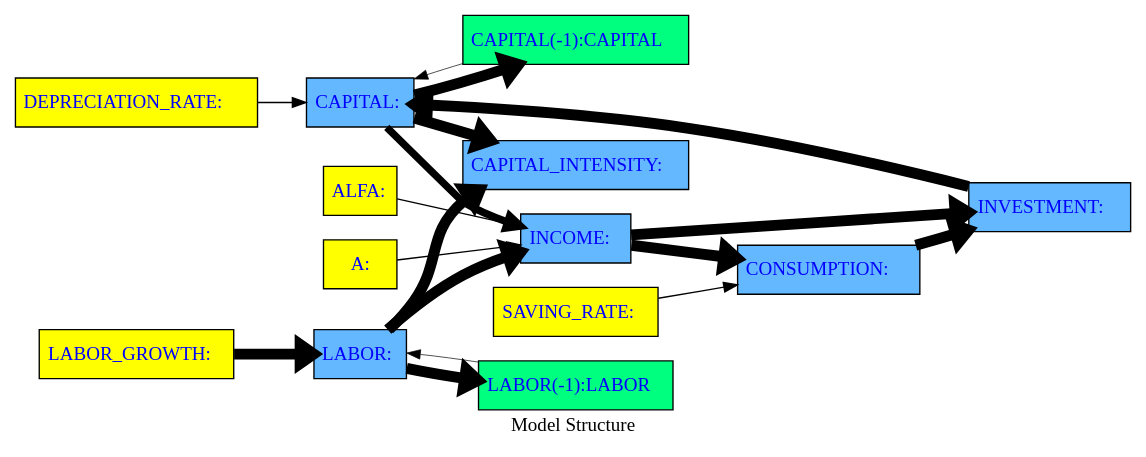
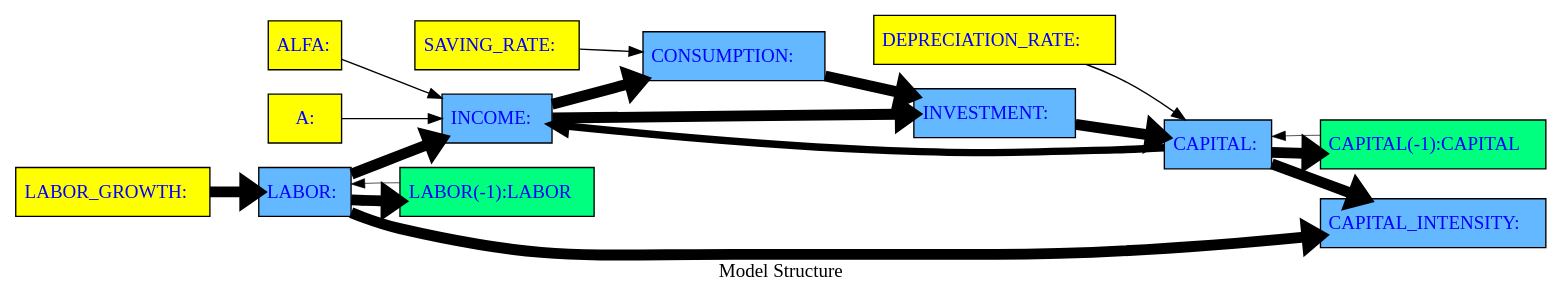
The diagram in working_paper/thebook/content/notebooks/intro/graph/A_model_graph.gv (IbHansen/modelflow-manual), drawn with Graphviz before and after one commit. The commit also changed 306 other files, not shown here.

```diff
--- a/working_paper/thebook/content/notebooks/intro/graph/A_model_graph.gv
+++ b/working_paper/thebook/content/notebooks/intro/graph/A_model_graph.gv
@@ -1,35 +1,35 @@
 digraph TD { rankdir ="LR" 
 {node  [margin=0.025 fontcolor=blue style=filled ] 
- "CAPITAL_INTENSITY" [ shape=box fillcolor= steelblue1 tooltip="CAPITAL_INTENSITY&#10;FRML &lt;&gt; CAPITAL_INTENSITY = CAPITAL/LABOR  &#36;"  margin=0.025 fontcolor=blue style = filled  label=<<TABLE BORDER='0' CELLBORDER = '0' style = "filled"  > <TR><TD tooltip="CAPITAL_INTENSITY&#10;FRML &lt;&gt; CAPITAL_INTENSITY = CAPITAL/LABOR  &#36;">CAPITAL_INTENSITY:</TD></TR> </TABLE>> ]
+ "LABOR" [ shape=box fillcolor= steelblue1 tooltip="LABOR&#10;FRML &lt;&gt; LABOR=LABOR(-1)+(LABOR_GROWTH * LABOR(-1))&#36;"  margin=0.025 fontcolor=blue style = filled  label=<<TABLE BORDER='0' CELLBORDER = '0' style = "filled"  > <TR><TD tooltip="LABOR&#10;FRML &lt;&gt; LABOR=LABOR(-1)+(LABOR_GROWTH * LABOR(-1))&#36;">LABOR:</TD></TR> </TABLE>> ]
+"CAPITAL" [ shape=box fillcolor= steelblue1 tooltip="CAPITAL&#10;FRML &lt;&gt; CAPITAL=CAPITAL(-1)+(INVESTMENT-DEPRECIATION_RATE * CAPITAL(-1))&#36;"  margin=0.025 fontcolor=blue style = filled  label=<<TABLE BORDER='0' CELLBORDER = '0' style = "filled"  > <TR><TD tooltip="CAPITAL&#10;FRML &lt;&gt; CAPITAL=CAPITAL(-1)+(INVESTMENT-DEPRECIATION_RATE * CAPITAL(-1))&#36;">CAPITAL:</TD></TR> </TABLE>> ]
 "ALFA" [ shape=box fillcolor= yellow tooltip="ALFA&#10;Exogen"  margin=0.025 fontcolor=blue style = filled  label=<<TABLE BORDER='0' CELLBORDER = '0' style = "filled"  > <TR><TD tooltip="ALFA&#10;Exogen">ALFA:</TD></TR> </TABLE>> ]
-"CAPITAL(-1)" [ shape=box fillcolor= springgreen tooltip="CAPITAL&#10;FRML &lt;&gt; CAPITAL=CAPITAL(-1)+(INVESTMENT-DEPRECIATION_RATE * CAPITAL(-1))&#36;"  margin=0.025 fontcolor=blue style = filled  label=<<TABLE BORDER='0' CELLBORDER = '0' style = "filled"  > <TR><TD tooltip="CAPITAL&#10;FRML &lt;&gt; CAPITAL=CAPITAL(-1)+(INVESTMENT-DEPRECIATION_RATE * CAPITAL(-1))&#36;">CAPITAL(-1):CAPITAL</TD></TR> </TABLE>> ]
+"LABOR_GROWTH" [ shape=box fillcolor= yellow tooltip="LABOR_GROWTH&#10;Exogen"  margin=0.025 fontcolor=blue style = filled  label=<<TABLE BORDER='0' CELLBORDER = '0' style = "filled"  > <TR><TD tooltip="LABOR_GROWTH&#10;Exogen">LABOR_GROWTH:</TD></TR> </TABLE>> ]
 "INCOME" [ shape=box fillcolor= steelblue1 tooltip="INCOME&#10;FRML &lt;&gt; INCOME          = A  * CAPITAL**ALFA * LABOR **(1-ALFA)  &#36;"  margin=0.025 fontcolor=blue style = filled  label=<<TABLE BORDER='0' CELLBORDER = '0' style = "filled"  > <TR><TD tooltip="INCOME&#10;FRML &lt;&gt; INCOME          = A  * CAPITAL**ALFA * LABOR **(1-ALFA)  &#36;">INCOME:</TD></TR> </TABLE>> ]
-"LABOR_GROWTH" [ shape=box fillcolor= yellow tooltip="LABOR_GROWTH&#10;Exogen"  margin=0.025 fontcolor=blue style = filled  label=<<TABLE BORDER='0' CELLBORDER = '0' style = "filled"  > <TR><TD tooltip="LABOR_GROWTH&#10;Exogen">LABOR_GROWTH:</TD></TR> </TABLE>> ]
-"CAPITAL" [ shape=box fillcolor= steelblue1 tooltip="CAPITAL&#10;FRML &lt;&gt; CAPITAL=CAPITAL(-1)+(INVESTMENT-DEPRECIATION_RATE * CAPITAL(-1))&#36;"  margin=0.025 fontcolor=blue style = filled  label=<<TABLE BORDER='0' CELLBORDER = '0' style = "filled"  > <TR><TD tooltip="CAPITAL&#10;FRML &lt;&gt; CAPITAL=CAPITAL(-1)+(INVESTMENT-DEPRECIATION_RATE * CAPITAL(-1))&#36;">CAPITAL:</TD></TR> </TABLE>> ]
+"DEPRECIATION_RATE" [ shape=box fillcolor= yellow tooltip="DEPRECIATION_RATE&#10;Exogen"  margin=0.025 fontcolor=blue style = filled  label=<<TABLE BORDER='0' CELLBORDER = '0' style = "filled"  > <TR><TD tooltip="DEPRECIATION_RATE&#10;Exogen">DEPRECIATION_RATE:</TD></TR> </TABLE>> ]
+"A" [ shape=box fillcolor= yellow tooltip="A&#10;Exogen"  margin=0.025 fontcolor=blue style = filled  label=<<TABLE BORDER='0' CELLBORDER = '0' style = "filled"  > <TR><TD tooltip="A&#10;Exogen">A:</TD></TR> </TABLE>> ]
 "SAVING_RATE" [ shape=box fillcolor= yellow tooltip="SAVING_RATE&#10;Exogen"  margin=0.025 fontcolor=blue style = filled  label=<<TABLE BORDER='0' CELLBORDER = '0' style = "filled"  > <TR><TD tooltip="SAVING_RATE&#10;Exogen">SAVING_RATE:</TD></TR> </TABLE>> ]
-"A" [ shape=box fillcolor= yellow tooltip="A&#10;Exogen"  margin=0.025 fontcolor=blue style = filled  label=<<TABLE BORDER='0' CELLBORDER = '0' style = "filled"  > <TR><TD tooltip="A&#10;Exogen">A:</TD></TR> </TABLE>> ]
+"CONSUMPTION" [ shape=box fillcolor= steelblue1 tooltip="CONSUMPTION&#10;FRML &lt;&gt; CONSUMPTION     = (1-SAVING_RATE)  * INCOME  &#36;"  margin=0.025 fontcolor=blue style = filled  label=<<TABLE BORDER='0' CELLBORDER = '0' style = "filled"  > <TR><TD tooltip="CONSUMPTION&#10;FRML &lt;&gt; CONSUMPTION     = (1-SAVING_RATE)  * INCOME  &#36;">CONSUMPTION:</TD></TR> </TABLE>> ]
+"LABOR(-1)" [ shape=box fillcolor= springgreen tooltip="LABOR&#10;FRML &lt;&gt; LABOR=LABOR(-1)+(LABOR_GROWTH * LABOR(-1))&#36;"  margin=0.025 fontcolor=blue style = filled  label=<<TABLE BORDER='0' CELLBORDER = '0' style = "filled"  > <TR><TD tooltip="LABOR&#10;FRML &lt;&gt; LABOR=LABOR(-1)+(LABOR_GROWTH * LABOR(-1))&#36;">LABOR(-1):LABOR</TD></TR> </TABLE>> ]
 "INVESTMENT" [ shape=box fillcolor= steelblue1 tooltip="INVESTMENT&#10;FRML &lt;&gt; INVESTMENT      = INCOME - CONSUMPTION    &#36;"  margin=0.025 fontcolor=blue style = filled  label=<<TABLE BORDER='0' CELLBORDER = '0' style = "filled"  > <TR><TD tooltip="INVESTMENT&#10;FRML &lt;&gt; INVESTMENT      = INCOME - CONSUMPTION    &#36;">INVESTMENT:</TD></TR> </TABLE>> ]
-"LABOR" [ shape=box fillcolor= steelblue1 tooltip="LABOR&#10;FRML &lt;&gt; LABOR=LABOR(-1)+(LABOR_GROWTH * LABOR(-1))&#36;"  margin=0.025 fontcolor=blue style = filled  label=<<TABLE BORDER='0' CELLBORDER = '0' style = "filled"  > <TR><TD tooltip="LABOR&#10;FRML &lt;&gt; LABOR=LABOR(-1)+(LABOR_GROWTH * LABOR(-1))&#36;">LABOR:</TD></TR> </TABLE>> ]
-"DEPRECIATION_RATE" [ shape=box fillcolor= yellow tooltip="DEPRECIATION_RATE&#10;Exogen"  margin=0.025 fontcolor=blue style = filled  label=<<TABLE BORDER='0' CELLBORDER = '0' style = "filled"  > <TR><TD tooltip="DEPRECIATION_RATE&#10;Exogen">DEPRECIATION_RATE:</TD></TR> </TABLE>> ]
-"CONSUMPTION" [ shape=box fillcolor= steelblue1 tooltip="CONSUMPTION&#10;FRML &lt;&gt; CONSUMPTION     = (1-SAVING_RATE)  * INCOME  &#36;"  margin=0.025 fontcolor=blue style = filled  label=<<TABLE BORDER='0' CELLBORDER = '0' style = "filled"  > <TR><TD tooltip="CONSUMPTION&#10;FRML &lt;&gt; CONSUMPTION     = (1-SAVING_RATE)  * INCOME  &#36;">CONSUMPTION:</TD></TR> </TABLE>> ]
-"LABOR(-1)" [ shape=box fillcolor= springgreen tooltip="LABOR&#10;FRML &lt;&gt; LABOR=LABOR(-1)+(LABOR_GROWTH * LABOR(-1))&#36;"  margin=0.025 fontcolor=blue style = filled  label=<<TABLE BORDER='0' CELLBORDER = '0' style = "filled"  > <TR><TD tooltip="LABOR&#10;FRML &lt;&gt; LABOR=LABOR(-1)+(LABOR_GROWTH * LABOR(-1))&#36;">LABOR(-1):LABOR</TD></TR> </TABLE>> ] 
+"CAPITAL_INTENSITY" [ shape=box fillcolor= steelblue1 tooltip="CAPITAL_INTENSITY&#10;FRML &lt;&gt; CAPITAL_INTENSITY = CAPITAL/LABOR  &#36;"  margin=0.025 fontcolor=blue style = filled  label=<<TABLE BORDER='0' CELLBORDER = '0' style = "filled"  > <TR><TD tooltip="CAPITAL_INTENSITY&#10;FRML &lt;&gt; CAPITAL_INTENSITY = CAPITAL/LABOR  &#36;">CAPITAL_INTENSITY:</TD></TR> </TABLE>> ]
+"CAPITAL(-1)" [ shape=box fillcolor= springgreen tooltip="CAPITAL&#10;FRML &lt;&gt; CAPITAL=CAPITAL(-1)+(INVESTMENT-DEPRECIATION_RATE * CAPITAL(-1))&#36;"  margin=0.025 fontcolor=blue style = filled  label=<<TABLE BORDER='0' CELLBORDER = '0' style = "filled"  > <TR><TD tooltip="CAPITAL&#10;FRML &lt;&gt; CAPITAL=CAPITAL(-1)+(INVESTMENT-DEPRECIATION_RATE * CAPITAL(-1))&#36;">CAPITAL(-1):CAPITAL</TD></TR> </TABLE>> ] 
 } 
-"ALFA" -> "INCOME" [ style = filled tooltip=" ALFA -> INCOME Min. att. -0%  max: -0%" href="bogus" penwidth = 1.0 ]
-"A" -> "INCOME" [ style = filled tooltip=" A -> INCOME Min. att. -0%  max: -0%" href="bogus" penwidth = 1.0 ]
-"CAPITAL" -> "CAPITAL_INTENSITY" [ style = filled tooltip=" CAPITAL -> CAPITAL_INTENSITY Min. att. -647%  max: -3%" href="bogus" penwidth = 8.0 ]
-"INVESTMENT" -> "CAPITAL" [ style = filled tooltip=" INVESTMENT -> CAPITAL Min. att. 6%  max: 100%" href="bogus" penwidth = 8.0 ]
-"CAPITAL" -> "INCOME" [ style = filled tooltip=" CAPITAL -> INCOME Min. att. 3%  max: 54%" href="bogus" penwidth = 5.422974734681451 ]
-"LABOR(-1)" -> "LABOR" [ style = filled tooltip=NA href="bogus" penwidth = 0.5 ]
-"LABOR" -> "CAPITAL_INTENSITY" [ style = filled tooltip=" LABOR -> CAPITAL_INTENSITY Min. att. 103%  max: 1269%" href="bogus" penwidth = 8.0 ]
-"DEPRECIATION_RATE" -> "CAPITAL" [ style = filled tooltip=" DEPRECIATION_RATE -> CAPITAL Min. att. 0%  max: 0%" href="bogus" penwidth = 1.0 ]
+"INCOME" -> "INVESTMENT" [ style = filled tooltip=" INCOME -> INVESTMENT Min. att. 2000%  max: 2000%" href="bogus" penwidth = 8.0 ]
 "SAVING_RATE" -> "CONSUMPTION" [ style = filled tooltip=" SAVING_RATE -> CONSUMPTION Min. att. 0%  max: 0%" href="bogus" penwidth = 1.0 ]
 "INCOME" -> "CONSUMPTION" [ style = filled tooltip=" INCOME -> CONSUMPTION Min. att. 100%  max: 100%" href="bogus" penwidth = 8.0 ]
+"ALFA" -> "INCOME" [ style = filled tooltip=" ALFA -> INCOME Min. att. -0%  max: -0%" href="bogus" penwidth = 1.0 ]
+"CAPITAL" -> "CAPITAL(-1)" [ style = filled tooltip=" CAPITAL -> CAPITAL(-1) Min. att. 0%  max: 94%" href="bogus" penwidth = 8.0 ]
+"LABOR" -> "CAPITAL_INTENSITY" [ style = filled tooltip=" LABOR -> CAPITAL_INTENSITY Min. att. 103%  max: 1269%" href="bogus" penwidth = 8.0 ]
+"CAPITAL(-1)" -> "CAPITAL" [ style = filled tooltip=NA href="bogus" penwidth = 0.5 ]
+"LABOR_GROWTH" -> "LABOR" [ style = filled tooltip=" LABOR_GROWTH -> LABOR Min. att. 0%  max: 100%" href="bogus" penwidth = 8.0 ]
+"DEPRECIATION_RATE" -> "CAPITAL" [ style = filled tooltip=" DEPRECIATION_RATE -> CAPITAL Min. att. 0%  max: 0%" href="bogus" penwidth = 1.0 ]
+"CAPITAL" -> "INCOME" [ style = filled tooltip=" CAPITAL -> INCOME Min. att. 3%  max: 54%" href="bogus" penwidth = 5.422974734681451 ]
+"INVESTMENT" -> "CAPITAL" [ style = filled tooltip=" INVESTMENT -> CAPITAL Min. att. 6%  max: 100%" href="bogus" penwidth = 8.0 ]
+"CONSUMPTION" -> "INVESTMENT" [ style = filled tooltip=" CONSUMPTION -> INVESTMENT Min. att. -1900%  max: -1900%" href="bogus" penwidth = 8.0 ]
+"LABOR(-1)" -> "LABOR" [ style = filled tooltip=NA href="bogus" penwidth = 0.5 ]
+"LABOR" -> "INCOME" [ style = filled tooltip=" LABOR -> INCOME Min. att. 59%  max: 97%" href="bogus" penwidth = 8.0 ]
+"CAPITAL" -> "CAPITAL_INTENSITY" [ style = filled tooltip=" CAPITAL -> CAPITAL_INTENSITY Min. att. -647%  max: -3%" href="bogus" penwidth = 8.0 ]
+"A" -> "INCOME" [ style = filled tooltip=" A -> INCOME Min. att. -0%  max: -0%" href="bogus" penwidth = 1.0 ]
 "LABOR" -> "LABOR(-1)" [ style = filled tooltip=" LABOR -> LABOR(-1) Min. att. 0%  max: 100%" href="bogus" penwidth = 8.0 ]
-"LABOR_GROWTH" -> "LABOR" [ style = filled tooltip=" LABOR_GROWTH -> LABOR Min. att. 0%  max: 100%" href="bogus" penwidth = 8.0 ]
-"LABOR" -> "INCOME" [ style = filled tooltip=" LABOR -> INCOME Min. att. 59%  max: 97%" href="bogus" penwidth = 8.0 ]
-"CONSUMPTION" -> "INVESTMENT" [ style = filled tooltip=" CONSUMPTION -> INVESTMENT Min. att. -1900%  max: -1900%" href="bogus" penwidth = 8.0 ]
-"CAPITAL(-1)" -> "CAPITAL" [ style = filled tooltip=NA href="bogus" penwidth = 0.5 ]
-"CAPITAL" -> "CAPITAL(-1)" [ style = filled tooltip=" CAPITAL -> CAPITAL(-1) Min. att. 0%  max: 94%" href="bogus" penwidth = 8.0 ]
-"INCOME" -> "INVESTMENT" [ style = filled tooltip=" INCOME -> INVESTMENT Min. att. 2000%  max: 2000%" href="bogus" penwidth = 8.0 ]
  label = "Model Structure";
 }
```
